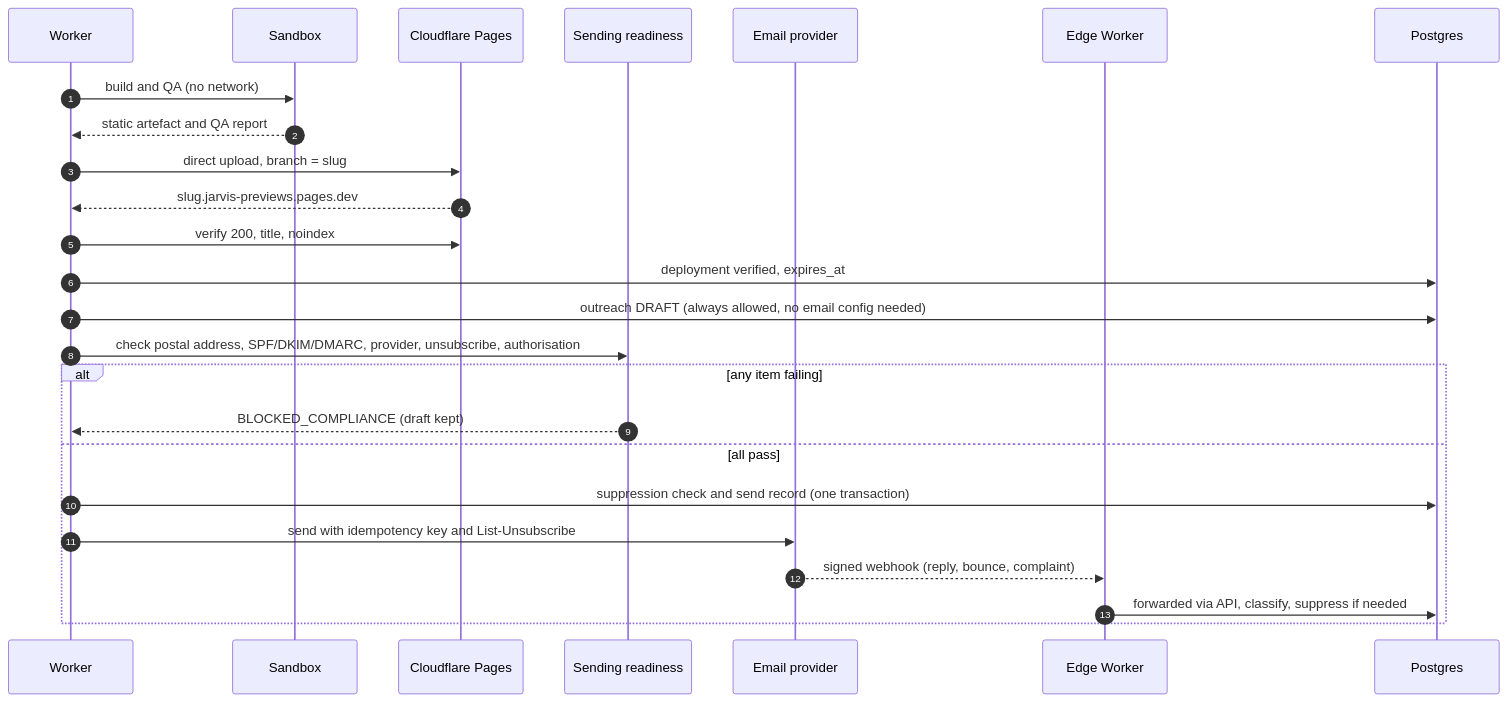
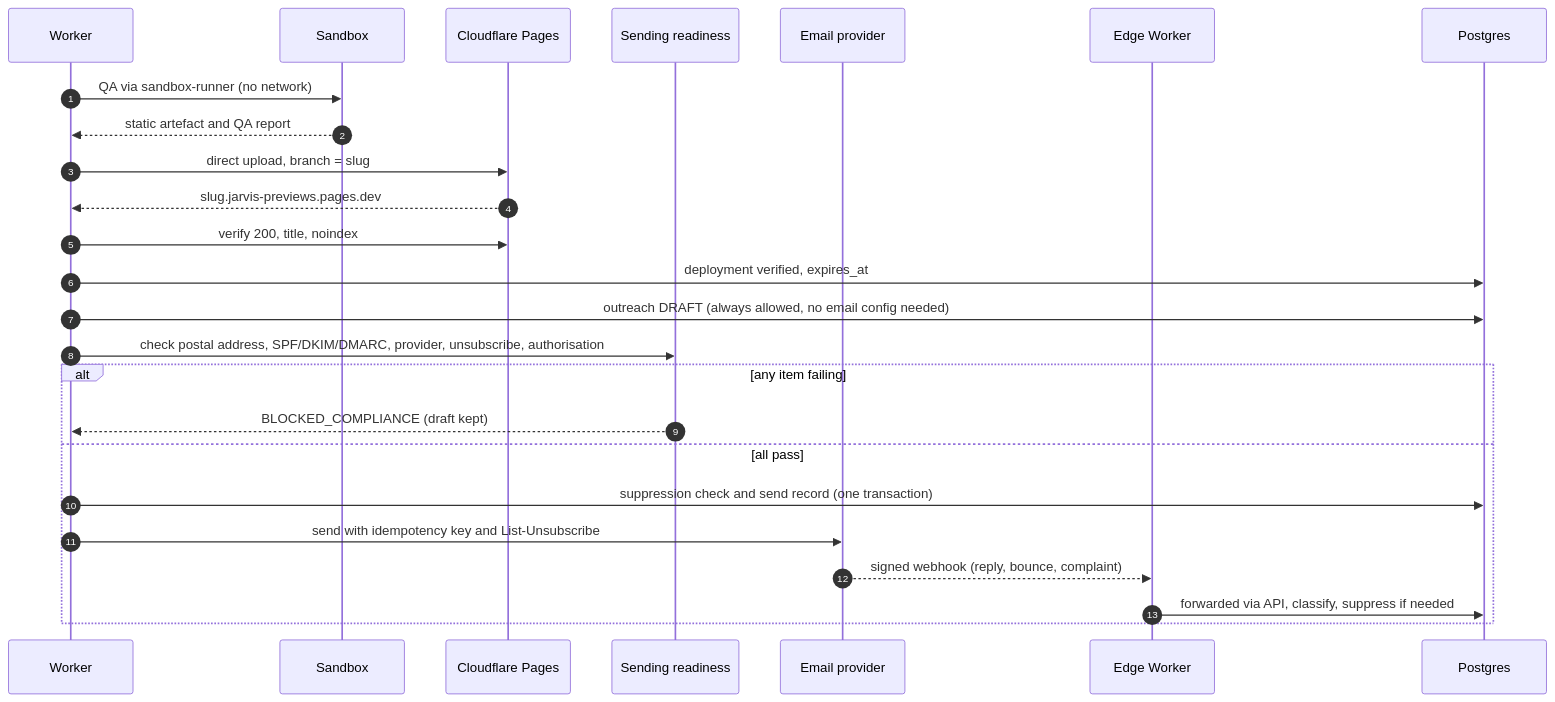
One commit to Hammadthepro/Jarvis-AI-Agency-Agent changed the sixth of 6 diagrams in docs/SYSTEM_DIAGRAM.md. Above: the diagram before and after it, drawn with Mermaid. The commit also changed other lines of this file and 6 other files, not shown here.

First line of the commit message:
Align docs with the sandbox-runner Docker architecture and add a consistency check

````diff
--- a/docs/SYSTEM_DIAGRAM.md
+++ b/docs/SYSTEM_DIAGRAM.md
@@ -191,28 +193,28 @@
 ```mermaid
 sequenceDiagram
   autonumber
   participant Wk as Worker
   participant SB as Sandbox
   participant CF as Cloudflare Pages
   participant RD as Sending readiness
   participant EM as Email provider
   participant Ed as Edge Worker
   participant DB as Postgres
 
-  Wk->>SB: build and QA (no network)
+  Wk->>SB: QA via sandbox-runner (no network)
   SB-->>Wk: static artefact and QA report
   Wk->>CF: direct upload, branch = slug
   CF-->>Wk: slug.jarvis-previews.pages.dev
   Wk->>CF: verify 200, title, noindex
   Wk->>DB: deployment verified, expires_at
   Wk->>DB: outreach DRAFT (always allowed, no email config needed)
   Wk->>RD: check postal address, SPF/DKIM/DMARC, provider, unsubscribe, authorisation
   alt any item failing
     RD-->>Wk: BLOCKED_COMPLIANCE (draft kept)
   else all pass
     Wk->>DB: suppression check and send record (one transaction)
     Wk->>EM: send with idempotency key and List-Unsubscribe
     EM-->>Ed: signed webhook (reply, bounce, complaint)
     Ed->>DB: forwarded via API, classify, suppress if needed
   end
 ```
````
